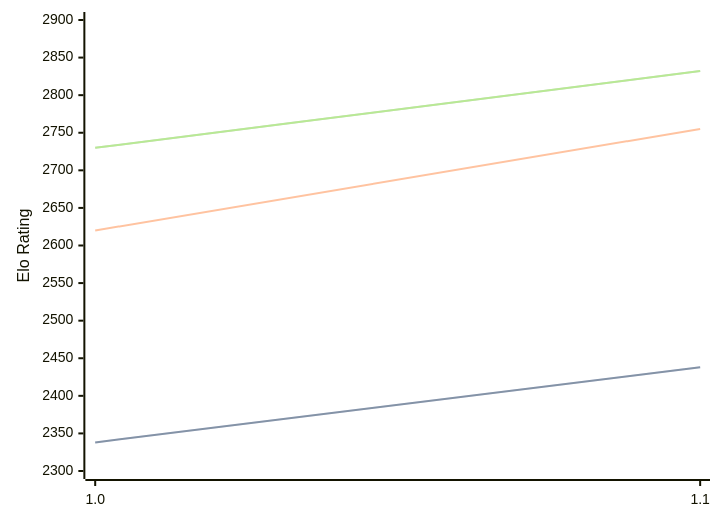
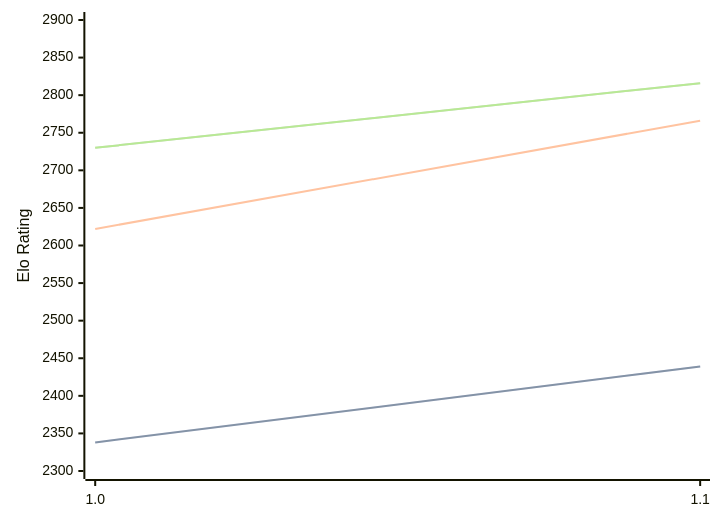
The diagram in engines/Casanchess.md (computer-chess-index/cci), drawn with Mermaid before and after one commit. The commit also changed other lines of this file, not shown here.

Commit message:
Update CCI Ratings (ELO VLTC) - 2026-08-21

````diff
--- a/engines/Casanchess.md
+++ b/engines/Casanchess.md
@@ -32,11 +32,11 @@
 ```mermaid
 %%{init: {"theme":"base","themeVariables":{"seriesColors:['#a3a3a3','#222221','#faa371']}}}%%
 xychart-beta
   x-axis ["1.0", "1.1"]
   y-axis "Elo Rating" 2300 --> 2900
-  line "STC (8.0+0.08s)" [2338, 2438]
-  line "STC (8.0+0.08s)" [2338, 2438]
-  line "LTC (60.0+0.60s)" [2620, 2755]
-  line "VLTC (2m24s+1.12s)" [2730, 2832]
-  line "VLTC (2m24s+1.12s)" [2730, 2832]
+  line "STC (8.0+0.08s)" [2338, 2439]
+  line "STC (8.0+0.08s)" [2338, 2439]
+  line "LTC (60.0+0.60s)" [2622, 2766]
+  line "VLTC (2m24s+1.12s)" [2730, 2816]
+  line "VLTC (2m24s+1.12s)" [2730, 2816]
 ```
````
